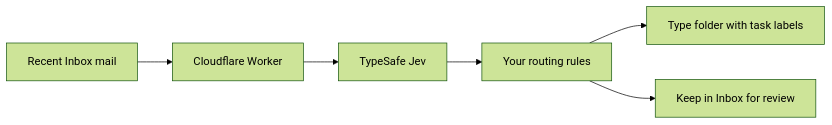
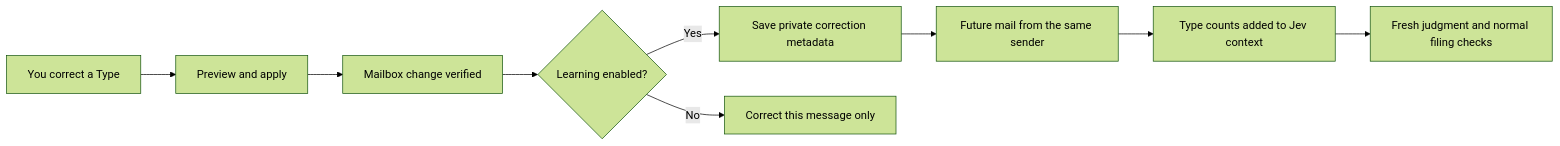
The diagram in README.md (Taveren7/jev-outlook-organizer), drawn with Mermaid (forest theme) before and after one commit. The commit also changed other lines of this file and 3 other files, not shown here.

Commit message:
Showcase Jev decisions with visual README and architecture guide

````diff
--- a/README.md
+++ b/README.md
@@ -69,8 +75,11 @@
 ```mermaid
 flowchart LR
-  Inbox[Recent Inbox mail] --> Worker[Cloudflare Worker]
-  Worker --> Jev[TypeSafe Jev]
-  Jev --> Rules[Your routing rules]
-  Rules --> Folder[Type folder with task labels]
-  Rules --> Review[Keep in Inbox for review]
+  A[You correct a Type] --> B[Preview and apply]
+  B --> C[Mailbox change verified]
+  C --> D{Learning enabled?}
+  D -->|Yes| E[Save private correction metadata]
+  E --> F[Future mail from the same sender]
+  F --> G[Type counts added to Jev context]
+  G --> H[Fresh judgment and normal filing checks]
+  D -->|No| I[Correct this message only]
 ```
````
